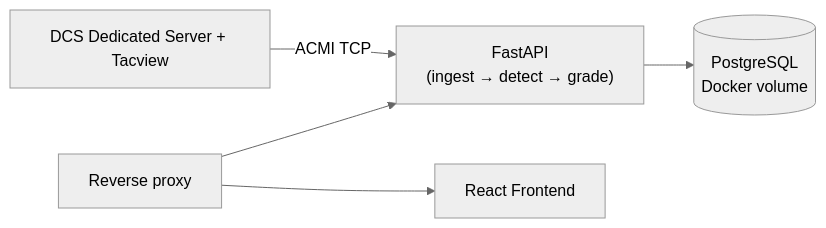
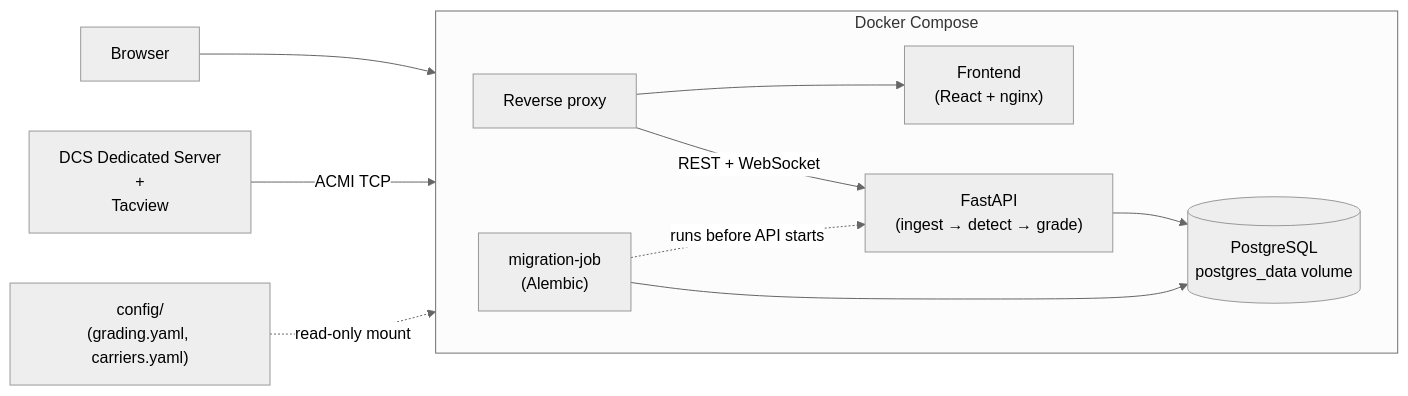
Before and after one commit to 5kdn/DCSLandingTeacher: the diagram in README.md, drawn with Mermaid (neutral theme).

Commit message:
docs(README): update System Architecture Overview Graph

````diff
--- a/README.md
+++ b/README.md
@@ -33,7 +33,15 @@
 ```mermaid
 flowchart LR
-    DCS[DCS Dedicated Server + Tacview] -- "ACMI TCP" --> API["FastAPI<br/>(ingest → detect → grade)"]
-    API --> DB[(PostgreSQL<br/>Docker volume)]
-    PROXY[Reverse proxy] --> UI[React Frontend]
-    PROXY --> API
+    BROWSER[Browser] --> PROXY
+    DCS["DCS Dedicated Server<br/>+<br/>Tacview"] -- "ACMI TCP" --> API
+    CONFIG["config/<br/>(grading.yaml, carriers.yaml)"] -. "read-only mount" .-> API
+
+    subgraph COMPOSE[Docker Compose]
+        direction LR
+        PROXY[Reverse proxy] --> UI["Frontend<br/>(React + nginx)"]
+        PROXY -- "REST + WebSocket" --> API["FastAPI<br/>(ingest → detect → grade)"]
+        API --> DB[("PostgreSQL<br/>postgres_data volume")]
+        MIGRATION["migration-job<br/>(Alembic)"] --> DB
+        MIGRATION -. "runs before API starts" .-> API
+    end
 ```
````
